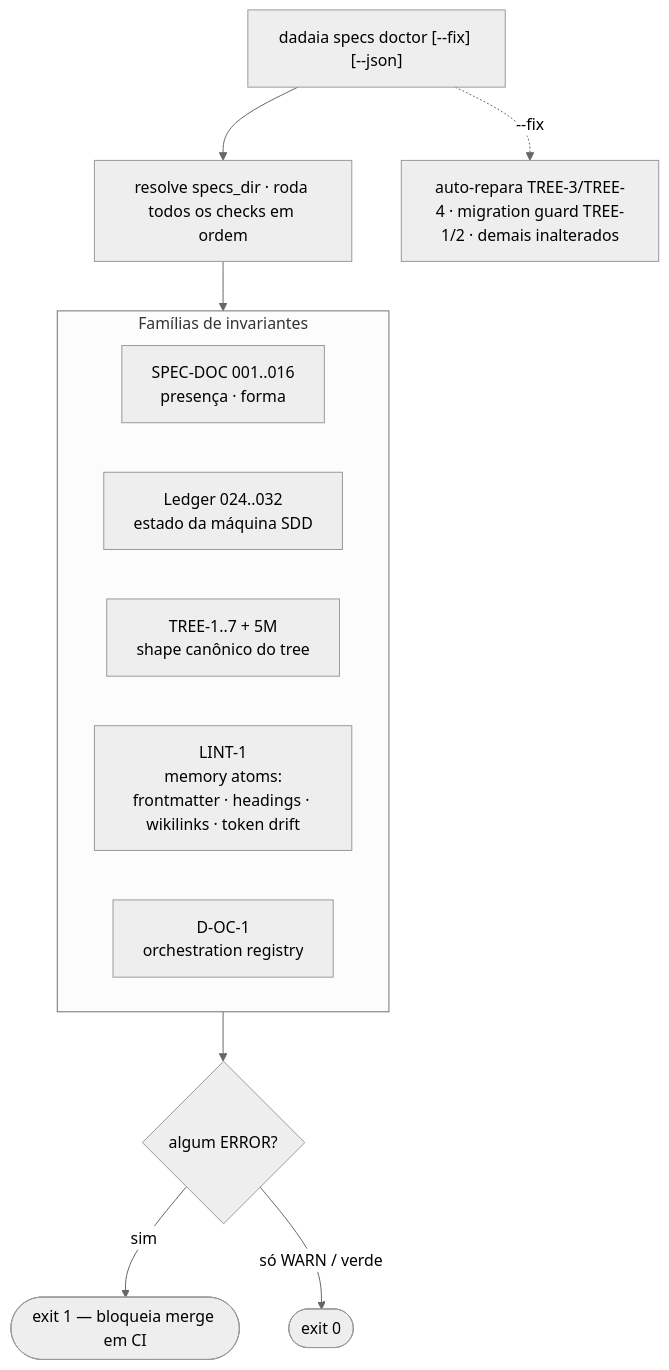
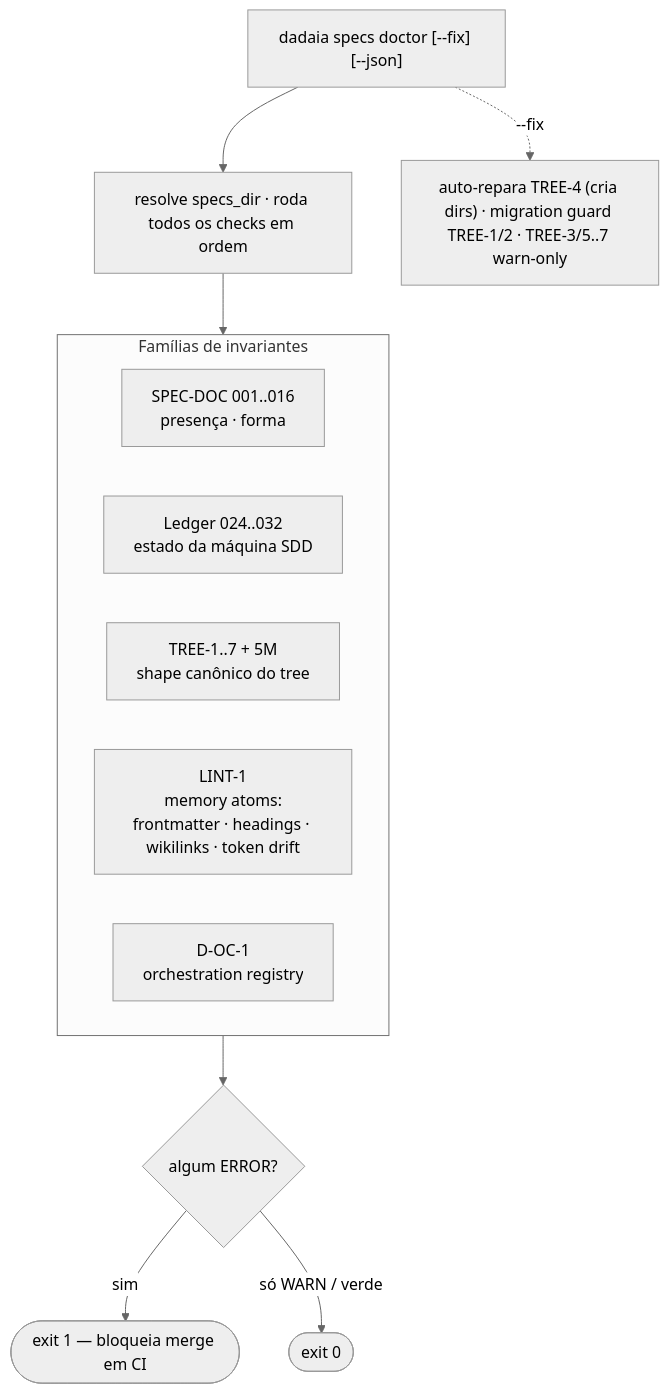
One commit to marcoaureliomenezes/dadaia-workspace changed the diagram in specs/memory/product/sdd/specs-doctor.md. Above: the diagram before and after it, drawn with Mermaid (neutral theme). The commit also changed other lines of this file and 8 other files, not shown here.

````diff
--- a/specs/memory/product/sdd/specs-doctor.md
+++ b/specs/memory/product/sdd/specs-doctor.md
@@ -39,17 +39,17 @@
 ```mermaid
 flowchart TB
     CMD["dadaia specs doctor [--fix] [--json]"] --> RUN["resolve specs_dir · roda todos os checks em ordem"]
     RUN --> FAM
     subgraph FAM["Famílias de invariantes"]
         direction LR
         A["SPEC-DOC 001..016<br/>presença · forma"]
         B["Ledger 024..032<br/>estado da máquina SDD"]
         C["TREE-1..7 + 5M<br/>shape canônico do tree"]
         D["LINT-1<br/>memory atoms:<br/>frontmatter · headings · wikilinks · token drift"]
         E["D-OC-1<br/>orchestration registry"]
     end
     FAM --> VERD{"algum ERROR?"}
     VERD -->|sim| EX1(["exit 1 — bloqueia merge em CI"])
     VERD -->|"só WARN / verde"| EX0(["exit 0"])
-    CMD -.->|"--fix"| FIX["auto-repara TREE-3/TREE-4 · migration guard TREE-1/2 · demais inalterados"]
+    CMD -.->|"--fix"| FIX["auto-repara TREE-4 (cria dirs) · migration guard TREE-1/2 · TREE-3/5..7 warn-only"]
 ```
````
